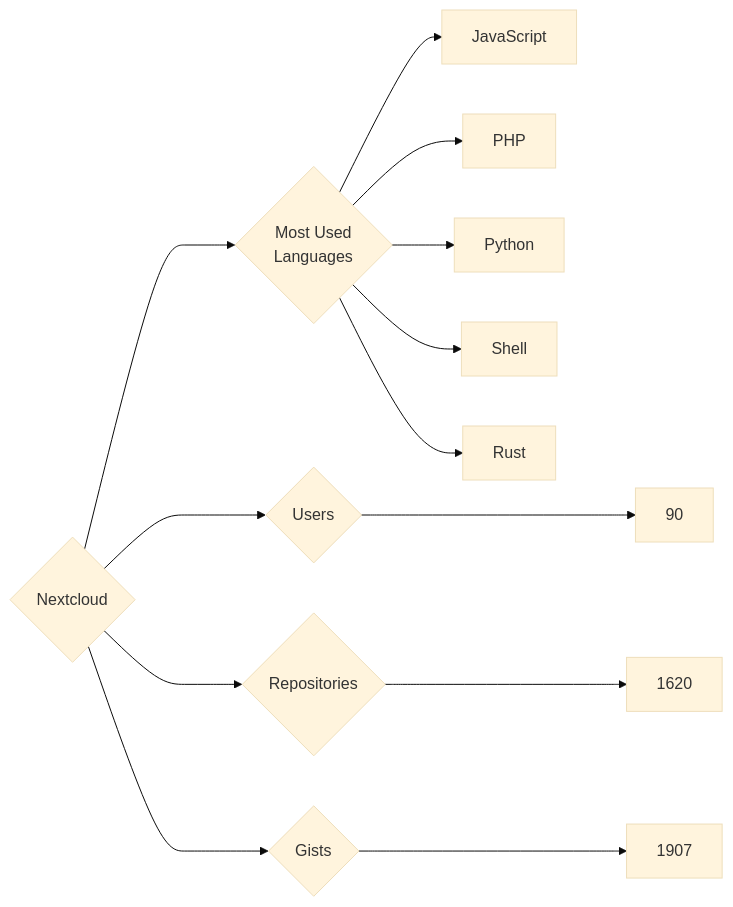
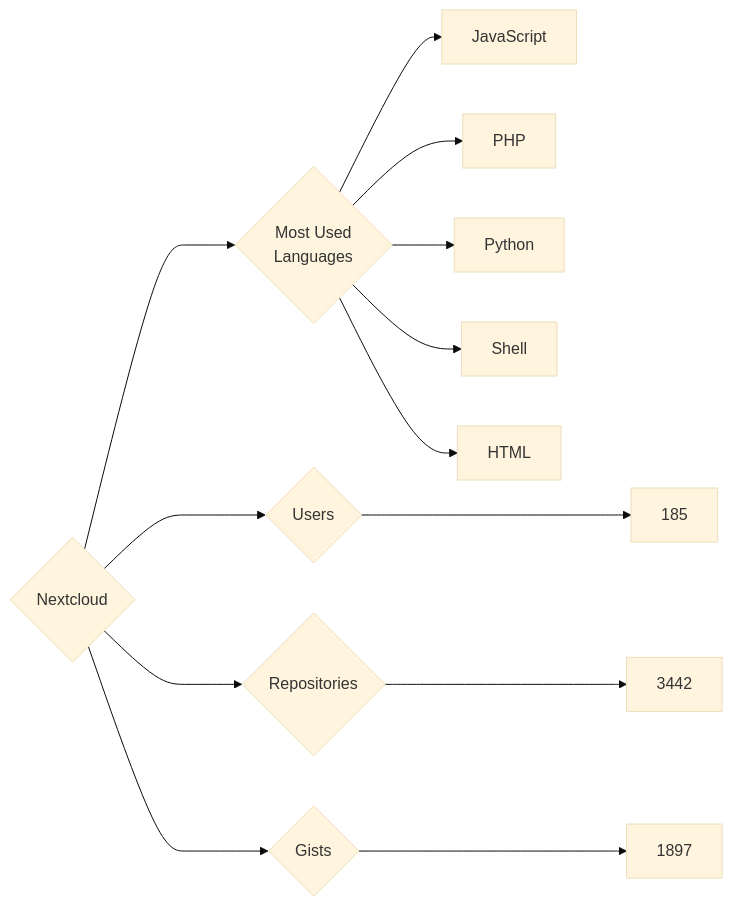
Before and after one commit to trickest/insiders: the diagram in targets/Nextcloud/README.md, drawn with Mermaid (base theme). The commit also changed 878 other files, not shown here.

````diff
--- a/targets/Nextcloud/README.md
+++ b/targets/Nextcloud/README.md
@@ -3,13 +3,13 @@
 ```mermaid
 graph LR
 COMPANY_NAME{Nextcloud}
-COMPANY_NAME ---> U{Users} ---> UN[90]
-COMPANY_NAME ---> R{Repositories} ---> RN[1620]
-COMPANY_NAME ---> G{Gists} ---> GN[1907]
+COMPANY_NAME ---> U{Users} ---> UN[185]
+COMPANY_NAME ---> R{Repositories} ---> RN[3442]
+COMPANY_NAME ---> G{Gists} ---> GN[1897]
 COMPANY_NAME ---> ML{Most Used<br>Languages}
 ML --> JavaScript[JavaScript]
 ML --> PHP[PHP]
 ML --> Python[Python]
 ML --> Shell[Shell]
-ML --> Rust[Rust]
+ML --> HTML[HTML]
 ```
````
